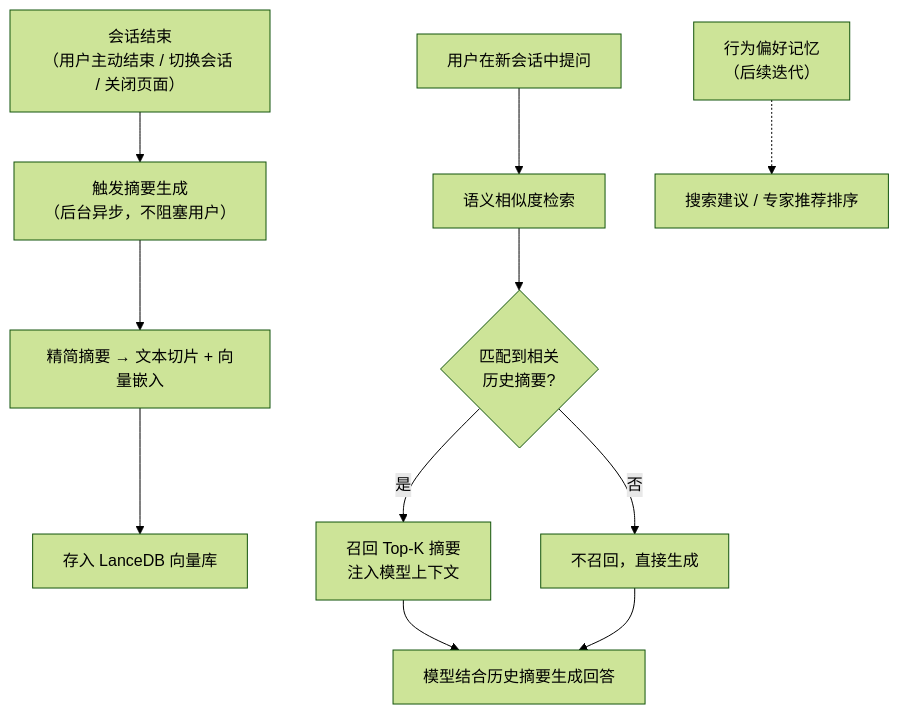
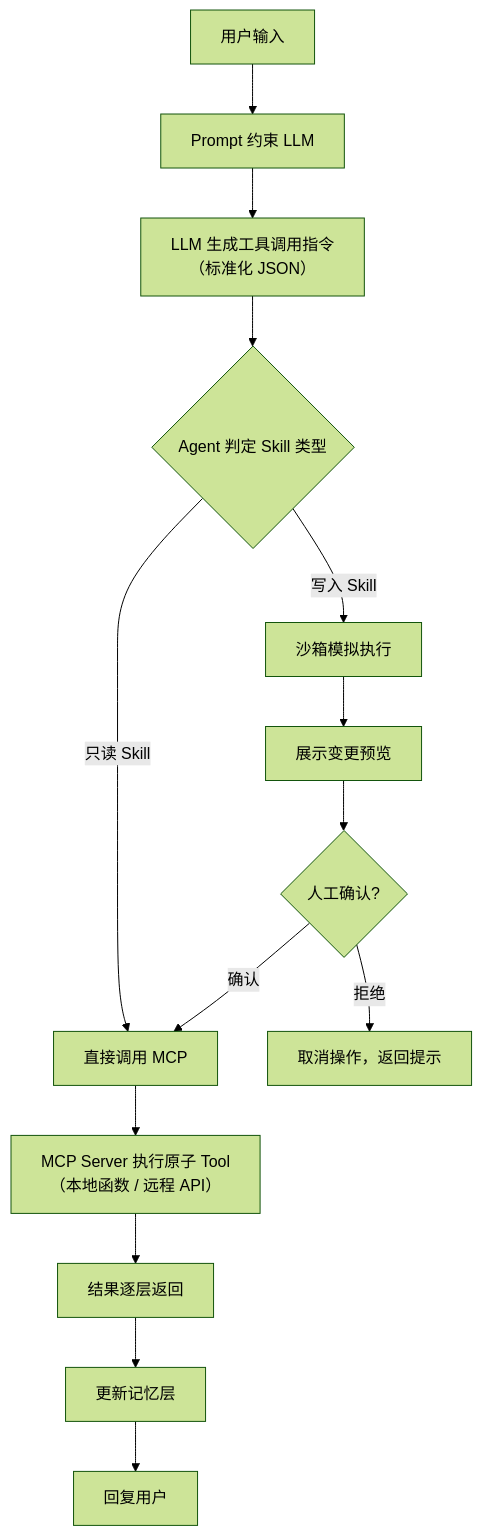
Before and after one commit to fri555/PORTL: the third of 11 diagrams in docs/需求文档/20260709-【PRD】AI工作台-首页智能体-天马智擎.md, drawn with Mermaid (forest theme). The commit also changed other lines of this file, not shown here.

````diff
--- a/docs/需求文档/20260709-【PRD】AI工作台-首页智能体-天马智擎.md
+++ b/docs/需求文档/20260709-【PRD】AI工作台-首页智能体-天马智擎.md
@@ -795,13 +329,16 @@
 ```mermaid
 flowchart TD
-    A["会话结束<br/>（用户主动结束 / 切换会话 / 关闭页面）"] --> B["触发摘要生成<br/>（后台异步，不阻塞用户）"]
-    B --> C["精简摘要 → 文本切片 + 向量嵌入"]
-    C --> D["存入 LanceDB 向量库"]
-    E["用户在新会话中提问"] --> F["语义相似度检索"]
-    F --> G{"匹配到相关<br/>历史摘要?"}
-    G -->|"是"| H["召回 Top-K 摘要<br/>注入模型上下文"]
-    G -->|"否"| I["不召回，直接生成"]
-    H --> J["模型结合历史摘要生成回答"]
-    I --> J
-    K["行为偏好记忆<br/>（后续迭代）"] -.-> L["搜索建议 / 专家推荐排序"]
+    A["用户输入"] --> B["Prompt 约束 LLM"]
+    B --> C["LLM 生成工具调用指令<br/>（标准化 JSON）"]
+    C --> D{"Agent 判定 Skill 类型"}
+    D -->|"只读 Skill"| E["直接调用 MCP"]
+    D -->|"写入 Skill"| F["沙箱模拟执行"]
+    F --> G["展示变更预览"]
+    G --> H{"人工确认?"}
+    H -->|"确认"| E
+    H -->|"拒绝"| I["取消操作，返回提示"]
+    E --> J["MCP Server 执行原子 Tool<br/>（本地函数 / 远程 API）"]
+    J --> K["结果逐层返回"]
+    K --> L["更新记忆层"]
+    L --> M["回复用户"]
 ```
````
